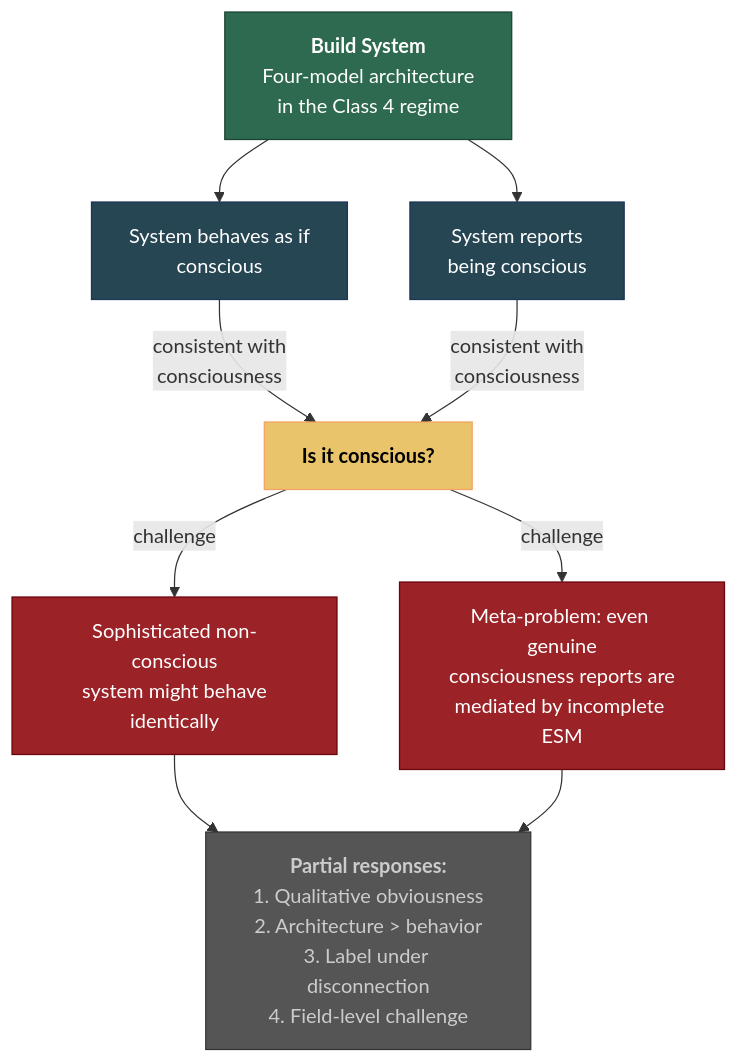
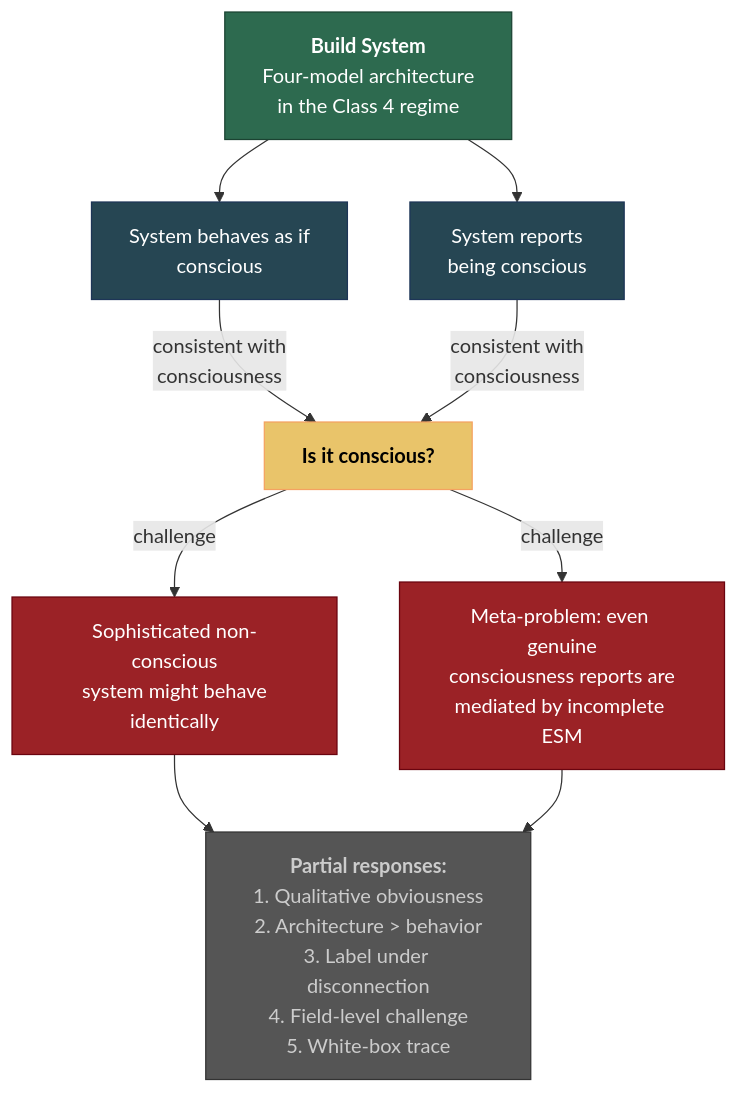
Before and after one commit to JeltzProstetnic/aIware: the diagram in wiki/limitations/other-minds.md, drawn with Mermaid. The commit also changed other lines of this file and 42 other files, not shown here.

````diff
--- a/wiki/limitations/other-minds.md
+++ b/wiki/limitations/other-minds.md
@@ -45,32 +47,32 @@
 ```mermaid
 graph TD
     BUILD["<b>Build System</b><br/>Four-model architecture<br/>in the Class 4 regime"]
     BEHAVE["System behaves as if<br/>conscious"]
     REPORTS["System reports<br/>being conscious"]
 
     BUILD --> BEHAVE
     BUILD --> REPORTS
 
     Q1["<b>Is it conscious?</b>"]
     BEHAVE -->|"consistent with<br/>consciousness"| Q1
     REPORTS -->|"consistent with<br/>consciousness"| Q1
 
     PROB1["Sophisticated non-conscious<br/>system might behave<br/>identically"]
     PROB2["Meta-problem: even genuine<br/>consciousness reports are<br/>mediated by incomplete ESM"]
 
     Q1 -->|"challenge"| PROB1
     Q1 -->|"challenge"| PROB2
 
-    PARTIAL["<b>Partial responses:</b><br/>1. Qualitative obviousness<br/>2. Architecture > behavior<br/>3. Label under disconnection<br/>4. Field-level challenge"]
+    PARTIAL["<b>Partial responses:</b><br/>1. Qualitative obviousness<br/>2. Architecture > behavior<br/>3. Label under disconnection<br/>4. Field-level challenge<br/>5. White-box trace"]
 
     PROB1 --> PARTIAL
     PROB2 --> PARTIAL
 
     style BUILD fill:#2d6a4f,color:#fff,stroke:#1b4332
     style BEHAVE fill:#264653,color:#fff,stroke:#1d3557
     style REPORTS fill:#264653,color:#fff,stroke:#1d3557
     style Q1 fill:#e9c46a,color:#000,stroke:#f4a261
     style PROB1 fill:#9b2226,color:#fff,stroke:#6a040f
     style PROB2 fill:#9b2226,color:#fff,stroke:#6a040f
     style PARTIAL fill:#555,color:#ccc,stroke:#333
 ```
````
